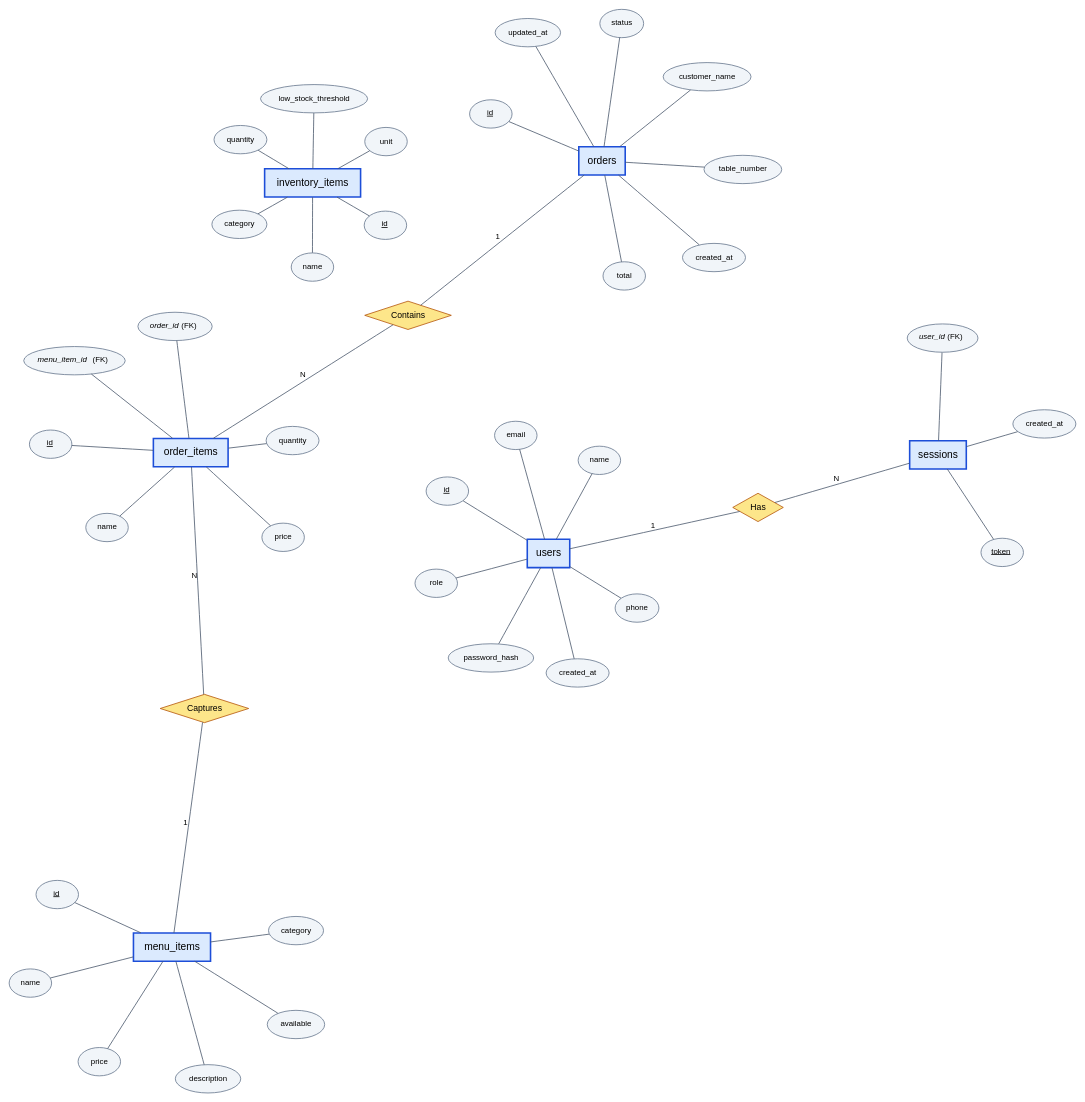
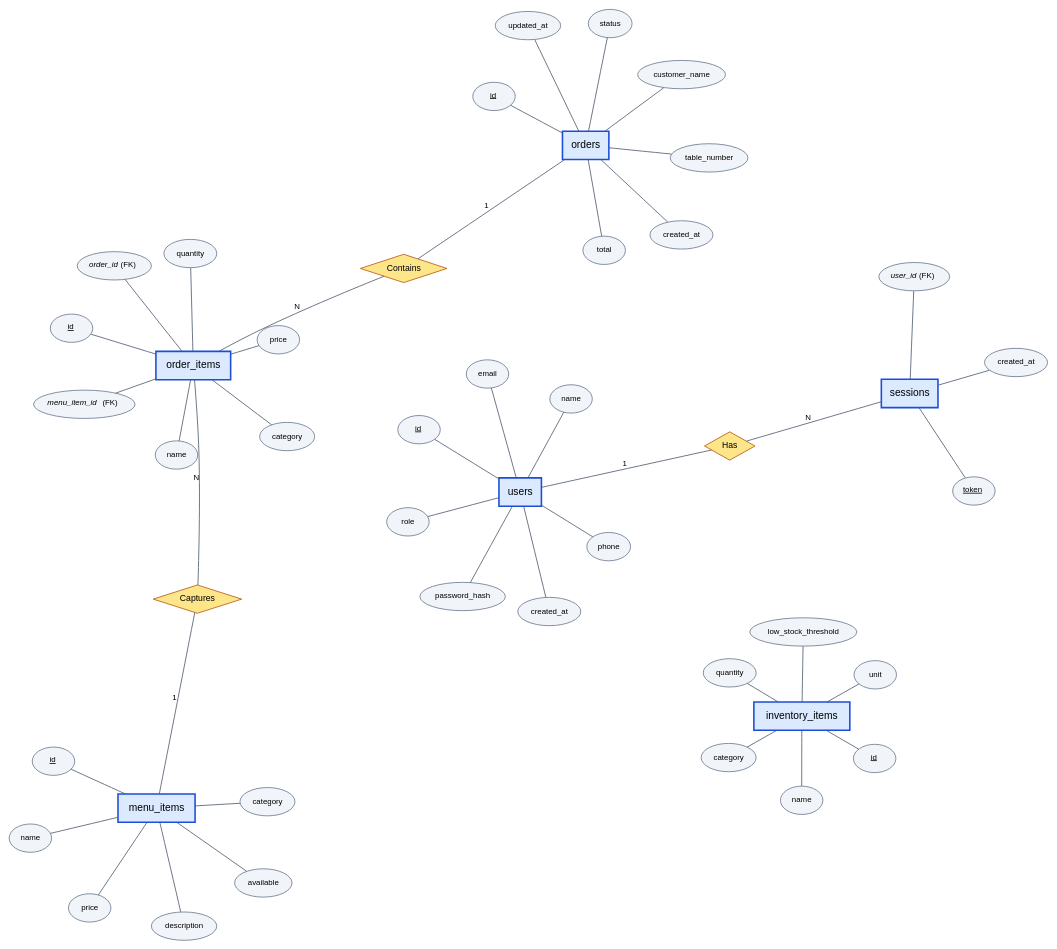
Before and after one commit to ululululu5656/finalproject: the diagram in docs/submission/assets/diagrams/er.dot, drawn with Graphviz. The commit also changed 8 other files, not shown here.

First line of the commit message:
Fix ER diagram, regenerate diagrams, remove use case diagram

```diff
--- a/docs/submission/assets/diagrams/er.dot
+++ b/docs/submission/assets/diagrams/er.dot
@@ -1,94 +1,95 @@
 graph ER {
   // Entity Relationship diagram of CafeFlow - Chen notation
   // Entities = rectangles, Relationships = diamonds, Attributes = ellipses (PK underlined)
   layout=neato;
   overlap=false;
   splines=true;
   sep="+8";
   bgcolor=white;
   node [fontname="Helvetica", fontsize=11];
   edge [color="#475569", fontname="Helvetica", fontsize=10];
 
   // ---------- Entities ----------
   node [shape=box, style="filled,bold", fillcolor="#dbeafe", color="#1d4ed8", fontsize=13];
   E_users           [label="users"];
   E_sessions        [label="sessions"];
   E_menu            [label="menu_items"];
   E_inventory       [label="inventory_items"];
   E_orders          [label="orders"];
   E_orderitems      [label="order_items"];
 
   // ---------- Relationships ----------
   node [shape=diamond, style=filled, fillcolor="#fde68a", color="#b45309", fontsize=11];
   R_has       [label="Has"];
   R_contains  [label="Contains"];
   R_snapshot  [label="Captures"];
 
   // ---------- Attributes ----------
   node [shape=ellipse, style=filled, fillcolor="#f1f5f9", color="#64748b", fontsize=10];
 
   // users
   u_id    [label=<<u>id</u>>];
   u_name  [label="name"];
   u_email [label="email"];
   u_role  [label="role"];
   u_phone [label="phone"];
   u_pass  [label="password_hash"];
   u_cat   [label="created_at"];
 
   // sessions
   s_token [label=<<u>token</u>>];
   s_uid   [label=<<i>user_id</i> (FK)>];
   s_cat   [label="created_at"];
 
   // menu_items
   m_id    [label=<<u>id</u>>];
   m_name  [label="name"];
   m_cat   [label="category"];
   m_price [label="price"];
   m_avail [label="available"];
   m_desc  [label="description"];
 
   // inventory_items
   i_id    [label=<<u>id</u>>];
   i_name  [label="name"];
   i_qty   [label="quantity"];
   i_unit  [label="unit"];
   i_low   [label="low_stock_threshold"];
   i_cat   [label="category"];
 
   // orders
   o_id    [label=<<u>id</u>>];
   o_table [label="table_number"];
   o_cust  [label="customer_name"];
   o_stat  [label="status"];
   o_total [label="total"];
   o_cat   [label="created_at"];
   o_uat   [label="updated_at"];
 
   // order_items
   oi_id    [label=<<u>id</u>>];
   oi_oid   [label=<<i>order_id</i> (FK)>];
   oi_mid   [label=<<i>menu_item_id</i> (FK)>];
   oi_name  [label="name"];
+  oi_cat   [label="category"];
   oi_price [label="price"];
   oi_qty   [label="quantity"];
 
   // ---------- Attribute edges ----------
   E_users -- {u_id u_name u_email u_role u_phone u_pass u_cat};
   E_sessions -- {s_token s_uid s_cat};
   E_menu -- {m_id m_name m_cat m_price m_avail m_desc};
   E_inventory -- {i_id i_name i_qty i_unit i_low i_cat};
   E_orders -- {o_id o_table o_cust o_stat o_total o_cat o_uat};
-  E_orderitems -- {oi_id oi_oid oi_mid oi_name oi_price oi_qty};
+  E_orderitems -- {oi_id oi_oid oi_mid oi_name oi_cat oi_price oi_qty};
 
   // ---------- Relationship edges (with cardinality) ----------
   E_users      -- R_has       [label="1", len=1.6];
   R_has        -- E_sessions  [label="N", len=1.6];
 
   E_orders     -- R_contains  [label="1", len=1.6];
   R_contains   -- E_orderitems[label="N", len=1.6];
 
   E_menu       -- R_snapshot  [label="1", len=1.6];
   R_snapshot   -- E_orderitems[label="N", len=1.6];
 }
```
